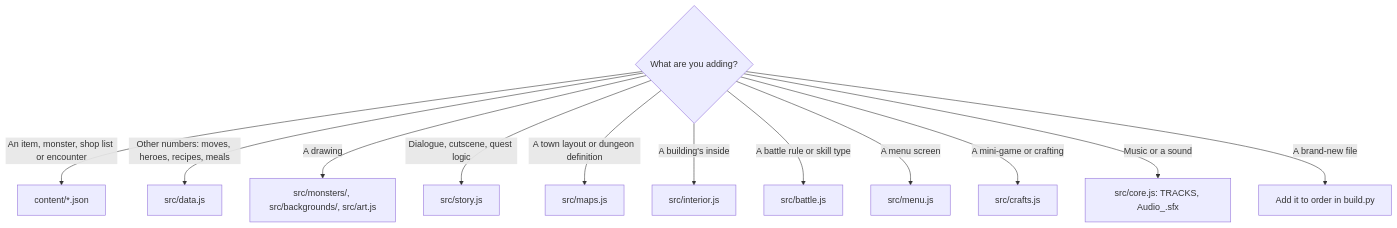
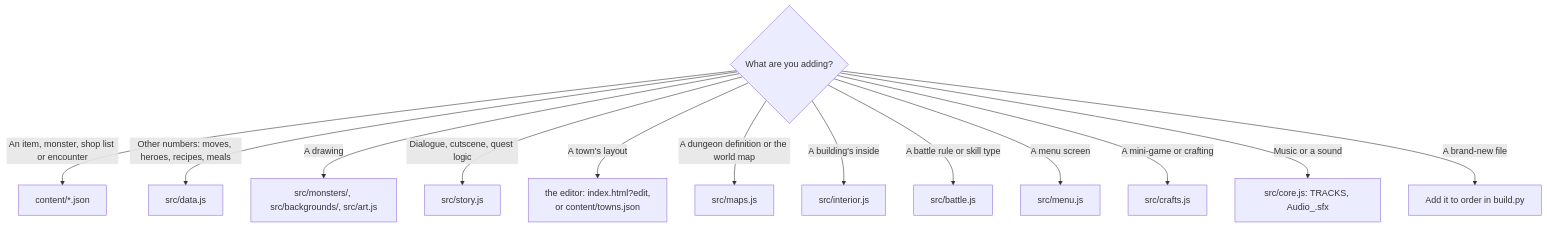
One commit to CptNope/Laternfall changed the first of 4 diagrams in docs/MODDING.md. Above: the diagram before and after it, drawn with Mermaid. The commit also changed other lines of this file and 21 other files, not shown here.

````diff
--- a/docs/MODDING.md
+++ b/docs/MODDING.md
@@ -17,15 +17,16 @@
 ```mermaid
 flowchart TD
     Q{What are you adding?}
     Q -->|An item, monster, shop list or encounter| CT[content/*.json]
     Q -->|Other numbers: moves, heroes, recipes, meals| D[src/data.js]
     Q -->|A drawing| A[src/monsters/, src/backgrounds/, src/art.js]
     Q -->|Dialogue, cutscene, quest logic| S[src/story.js]
-    Q -->|A town layout or dungeon definition| M[src/maps.js]
+    Q -->|A town's layout| TE[the editor: index.html?edit,<br/>or content/towns.json]
+    Q -->|A dungeon definition or the world map| M[src/maps.js]
     Q -->|A building's inside| I[src/interior.js]
     Q -->|A battle rule or skill type| B[src/battle.js]
     Q -->|A menu screen| MN[src/menu.js]
     Q -->|A mini-game or crafting| C[src/crafts.js]
     Q -->|Music or a sound| CO[src/core.js: TRACKS, Audio_.sfx]
     Q -->|A brand-new file| BP[Add it to order in build.py]
 ```
````
